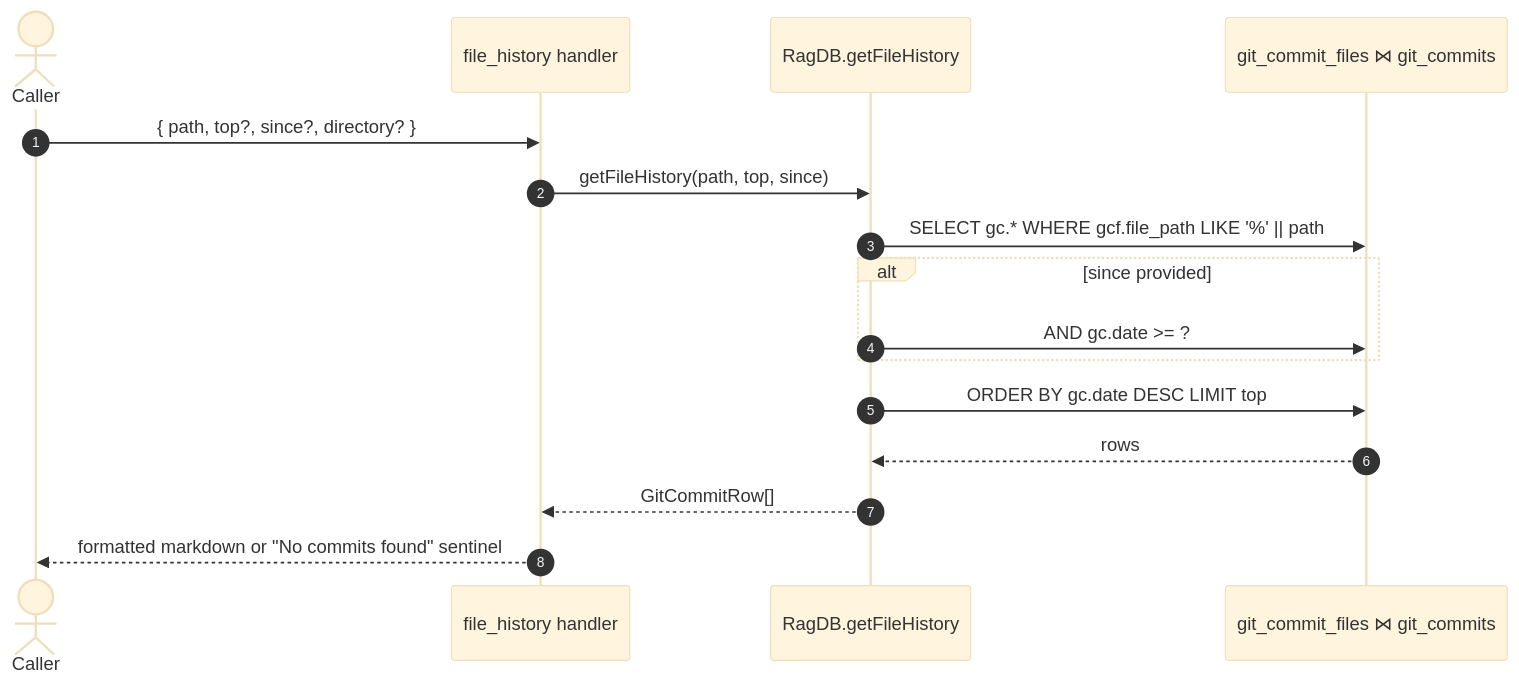
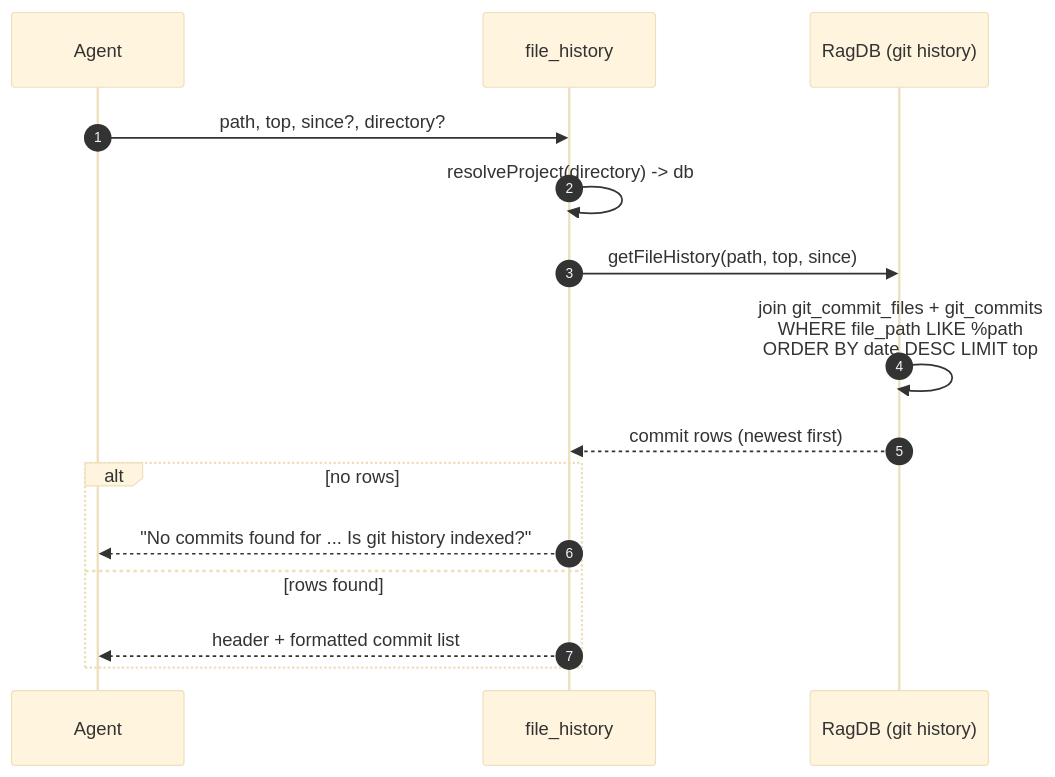
The diagram in wiki/tools/file-history.md (TheWinci/mimirs), drawn with Mermaid (base theme) before and after one commit. The commit also changed other lines of this file and 52 other files, not shown here.

````diff
--- a/wiki/tools/file-history.md
+++ b/wiki/tools/file-history.md
@@ -9,18 +30,17 @@
 ```mermaid
 sequenceDiagram
     autonumber
-    actor Caller
-    participant Handler as file_history handler
-    participant DB as RagDB.getFileHistory
-    participant SQL as git_commit_files ⋈ git_commits
-    Caller->>Handler: { path, top?, since?, directory? }
-    Handler->>DB: getFileHistory(path, top, since)
-    DB->>SQL: SELECT gc.* WHERE gcf.file_path LIKE '%' || path
-    alt since provided
-        DB->>SQL: AND gc.date >= ?
+    participant Agent
+    participant Tool as file_history
+    participant DB as RagDB (git history)
+    Agent->>Tool: path, top, since?, directory?
+    Tool->>Tool: resolveProject(directory) -> db
+    Tool->>DB: getFileHistory(path, top, since)
+    DB->>DB: join git_commit_files + git_commits<br>WHERE file_path LIKE %path<br>ORDER BY date DESC LIMIT top
+    DB-->>Tool: commit rows (newest first)
+    alt no rows
+        Tool-->>Agent: "No commits found for ... Is git history indexed?"
+    else rows found
+        Tool-->>Agent: header + formatted commit list
     end
-    DB->>SQL: ORDER BY gc.date DESC LIMIT top
-    SQL-->>DB: rows
-    DB-->>Handler: GitCommitRow[]
-    Handler-->>Caller: formatted markdown or "No commits found" sentinel
 ```
````
